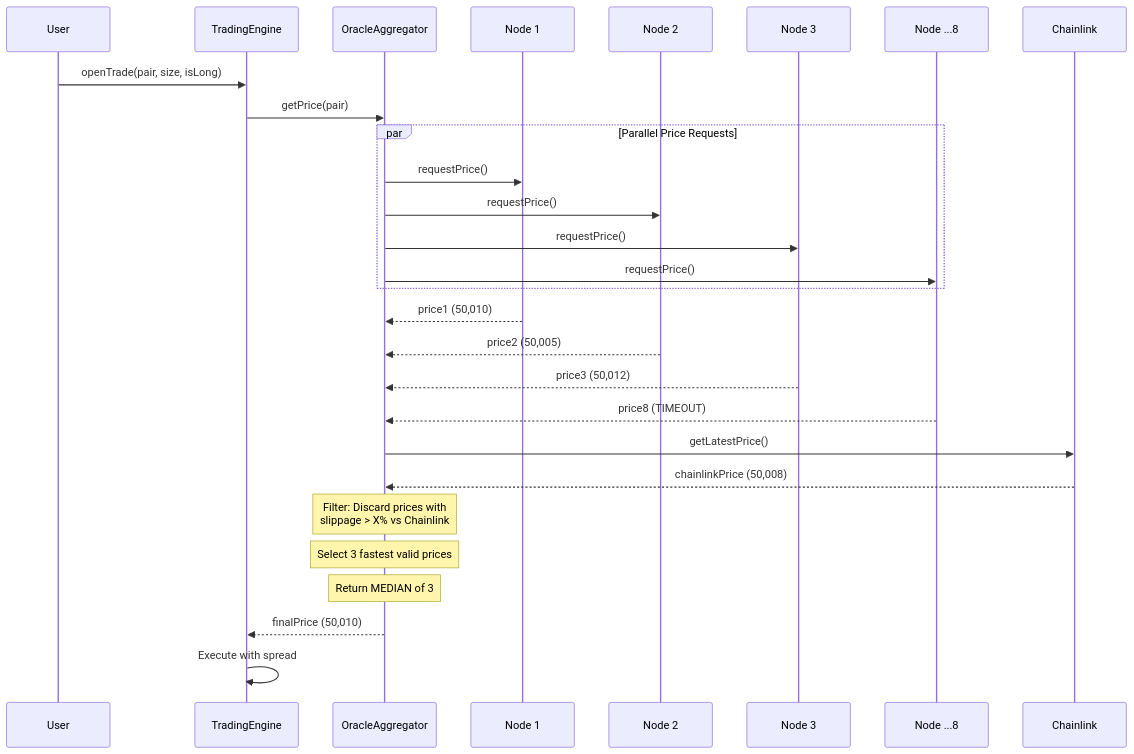
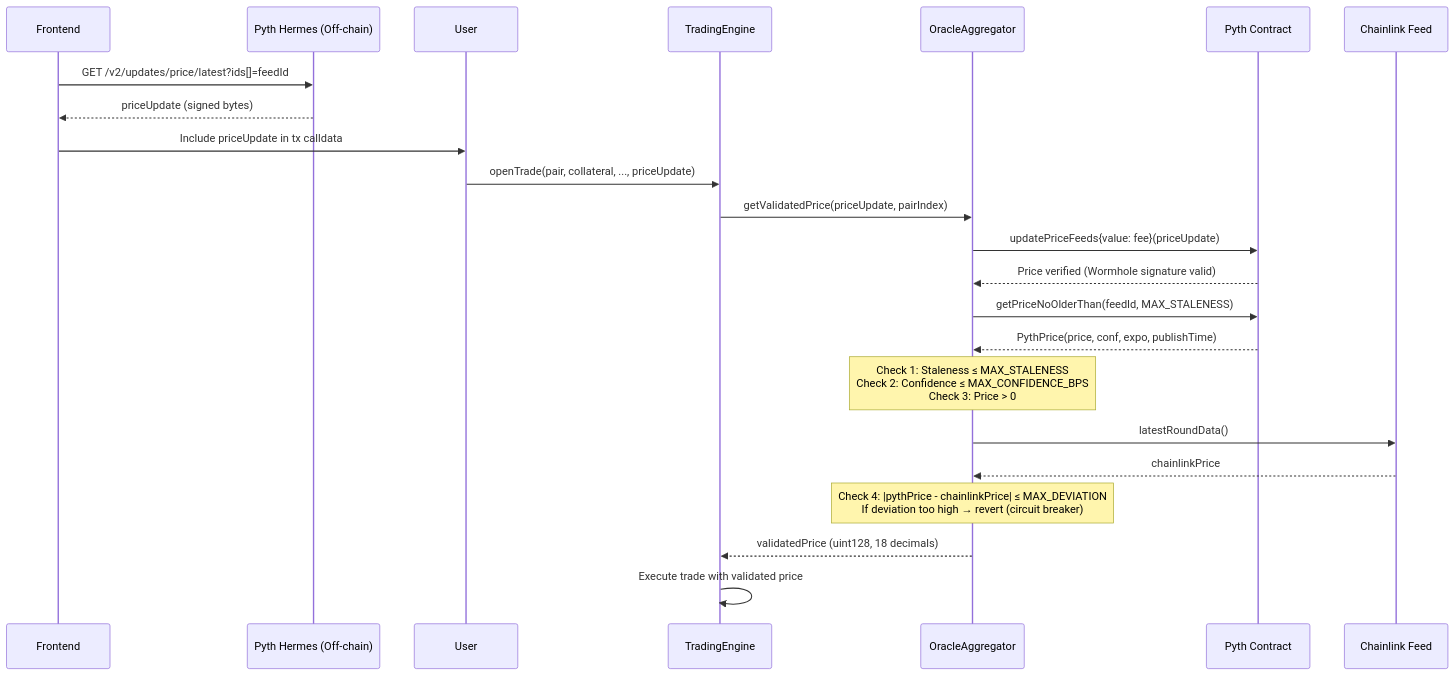
One commit to GushALKDev/evm-synthetic-trading-protocol changed the second of 5 diagrams in docs/03-architecture.md. Above: the diagram before and after it, drawn with Mermaid. The commit also changed other lines of this file and 8 other files, not shown here.

First line of the commit message:
Redesign oracle architecture from custom DON to Pyth + Chainlink

````diff
--- a/docs/03-architecture.md
+++ b/docs/03-architecture.md
@@ -108,36 +117,33 @@
 ```mermaid
 sequenceDiagram
+    participant Frontend
+    participant Hermes as Pyth Hermes (Off-chain)
     participant User
-    participant Trading as TradingEngine
-    participant Agg as OracleAggregator
-    participant N1 as Node 1
-    participant N2 as Node 2
-    participant N3 as Node 3
-    participant N8 as Node ...8
-    participant CL as Chainlink
+    participant Engine as TradingEngine
+    participant Oracle as OracleAggregator
+    participant Pyth as Pyth Contract
+    participant CL as Chainlink Feed
 
-    User->>Trading: openTrade(pair, size, isLong)
-    Trading->>Agg: getPrice(pair)
-    
-    par Parallel Price Requests
-        Agg->>N1: requestPrice()
-        Agg->>N2: requestPrice()
-        Agg->>N3: requestPrice()
-        Agg->>N8: requestPrice()
-    end
-    
-    N1-->>Agg: price1 (50,010)
-    N2-->>Agg: price2 (50,005)
-    N3-->>Agg: price3 (50,012)
-    N8-->>Agg: price8 (TIMEOUT)
-    
-    Agg->>CL: getLatestPrice()
-    CL-->>Agg: chainlinkPrice (50,008)
-    
-    Note over Agg: Filter: Discard prices with<br/>slippage > X% vs Chainlink
-    Note over Agg: Select 3 fastest valid prices
-    Note over Agg: Return MEDIAN of 3
-    
-    Agg-->>Trading: finalPrice (50,010)
-    Trading->>Trading: Execute with spread
+    Frontend->>Hermes: GET /v2/updates/price/latest?ids[]=feedId
+    Hermes-->>Frontend: priceUpdate (signed bytes)
+    Frontend->>User: Include priceUpdate in tx calldata
+
+    User->>Engine: openTrade(pair, collateral, ..., priceUpdate)
+    Engine->>Oracle: getValidatedPrice(priceUpdate, pairIndex)
+
+    Oracle->>Pyth: updatePriceFeeds{value: fee}(priceUpdate)
+    Pyth-->>Oracle: Price verified (Wormhole signature valid)
+
+    Oracle->>Pyth: getPriceNoOlderThan(feedId, MAX_STALENESS)
+    Pyth-->>Oracle: PythPrice(price, conf, expo, publishTime)
+
+    Note over Oracle: Check 1: Staleness ≤ MAX_STALENESS<br/>Check 2: Confidence ≤ MAX_CONFIDENCE_BPS<br/>Check 3: Price > 0
+
+    Oracle->>CL: latestRoundData()
+    CL-->>Oracle: chainlinkPrice
+
+    Note over Oracle: Check 4: |pythPrice - chainlinkPrice| ≤ MAX_DEVIATION<br/>If deviation too high → revert (circuit breaker)
+
+    Oracle-->>Engine: validatedPrice (uint128, 18 decimals)
+    Engine->>Engine: Execute trade with validated price
 ```
````
